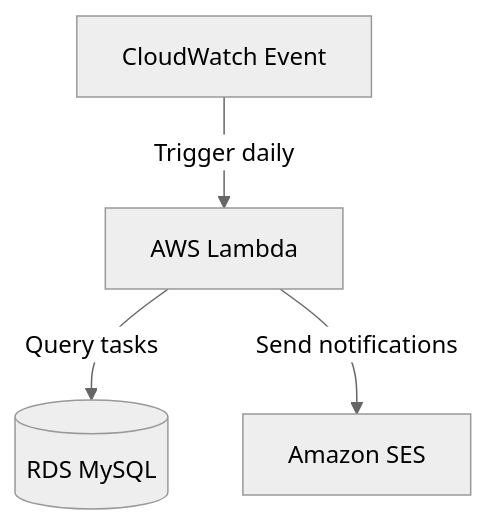
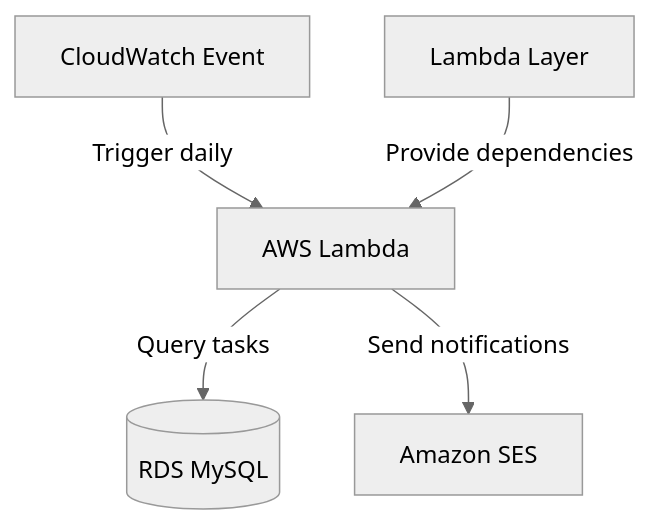
One commit to gokstadakademiet/cloud-2025 changed the diagram in uke_3/md/veiledet-oppgave/response_4.md. Above: the diagram before and after it, drawn with Mermaid (neutral theme). The commit also changed other lines of this file and 11 other files, not shown here.

````diff
--- a/uke_3/md/veiledet-oppgave/response_4.md
+++ b/uke_3/md/veiledet-oppgave/response_4.md
@@ -104,11 +68,13 @@
 ```mermaid
 graph TB
-    CW[CloudWatch Event]
-    Lambda[AWS Lambda]
-    RDS[(RDS MySQL)]
-    SES[Amazon SES]
-    
-    CW -->|Trigger daily| Lambda
-    Lambda -->|Query tasks| RDS
-    Lambda -->|Send notifications| SES
+     CW[CloudWatch Event]
+     Lambda[AWS Lambda]
+     Layer[Lambda Layer]
+     RDS[(RDS MySQL)]
+     SES[Amazon SES]
+     
+     CW -->|Trigger daily| Lambda
+     Layer -->|Provide dependencies| Lambda
+     Lambda -->|Query tasks| RDS
+     Lambda -->|Send notifications| SES
 ```
````
